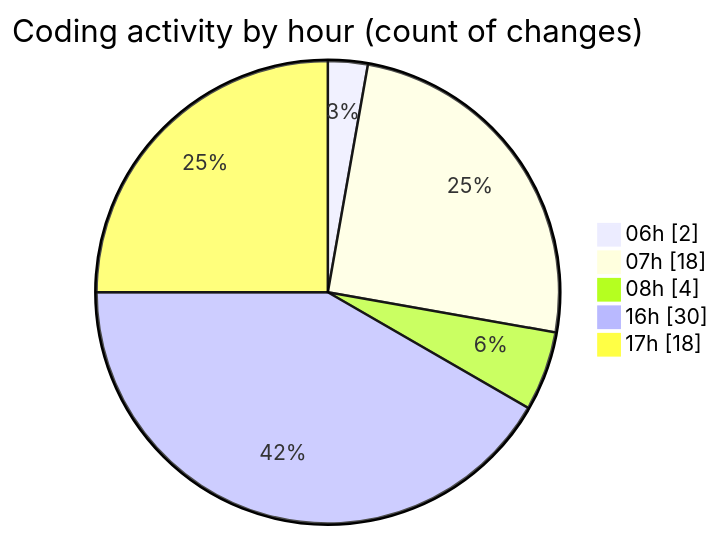
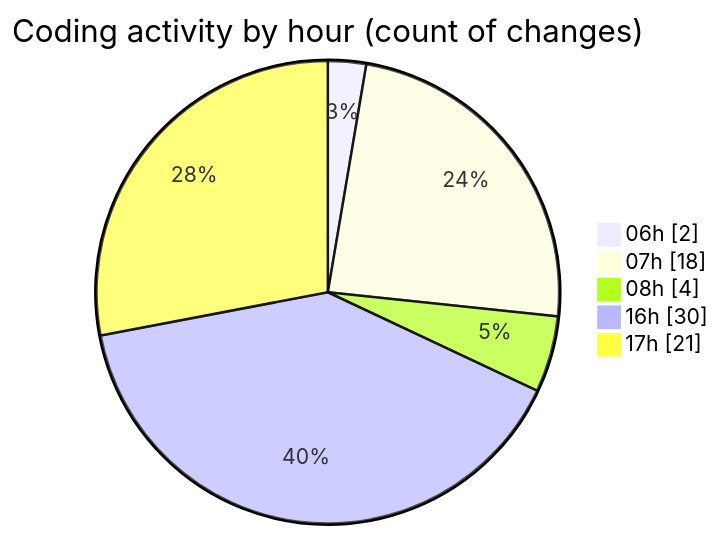
Before and after one commit to robertbonfada/code-tracking: the second of 2 diagrams in 2025-01-27/termonied-web/README.md, drawn with Mermaid. The commit also changed other lines of this file and 1 other file, not shown here.

````diff
--- a/2025-01-27/termonied-web/README.md
+++ b/2025-01-27/termonied-web/README.md
@@ -37,9 +37,9 @@
 ```mermaid
 pie showData
 title Coding activity by hour (count of changes)
 "06h" : 2
 "07h" : 18
 "08h" : 4
 "16h" : 30
-"17h" : 18
+"17h" : 21
 ```
````
